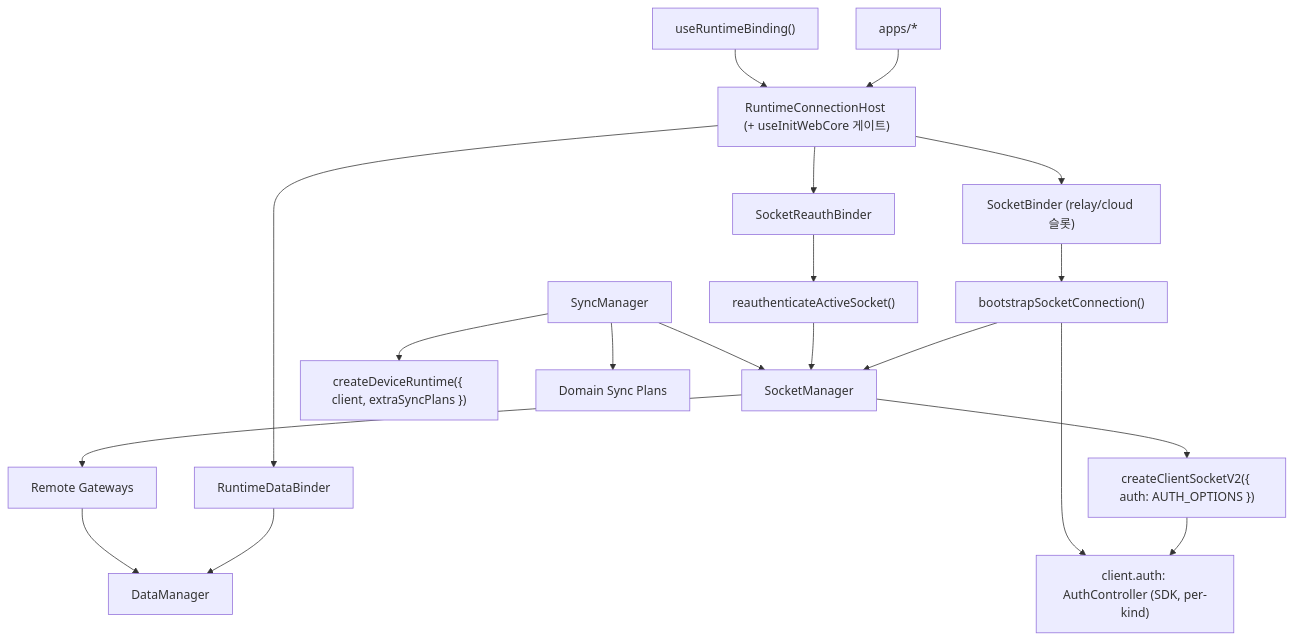
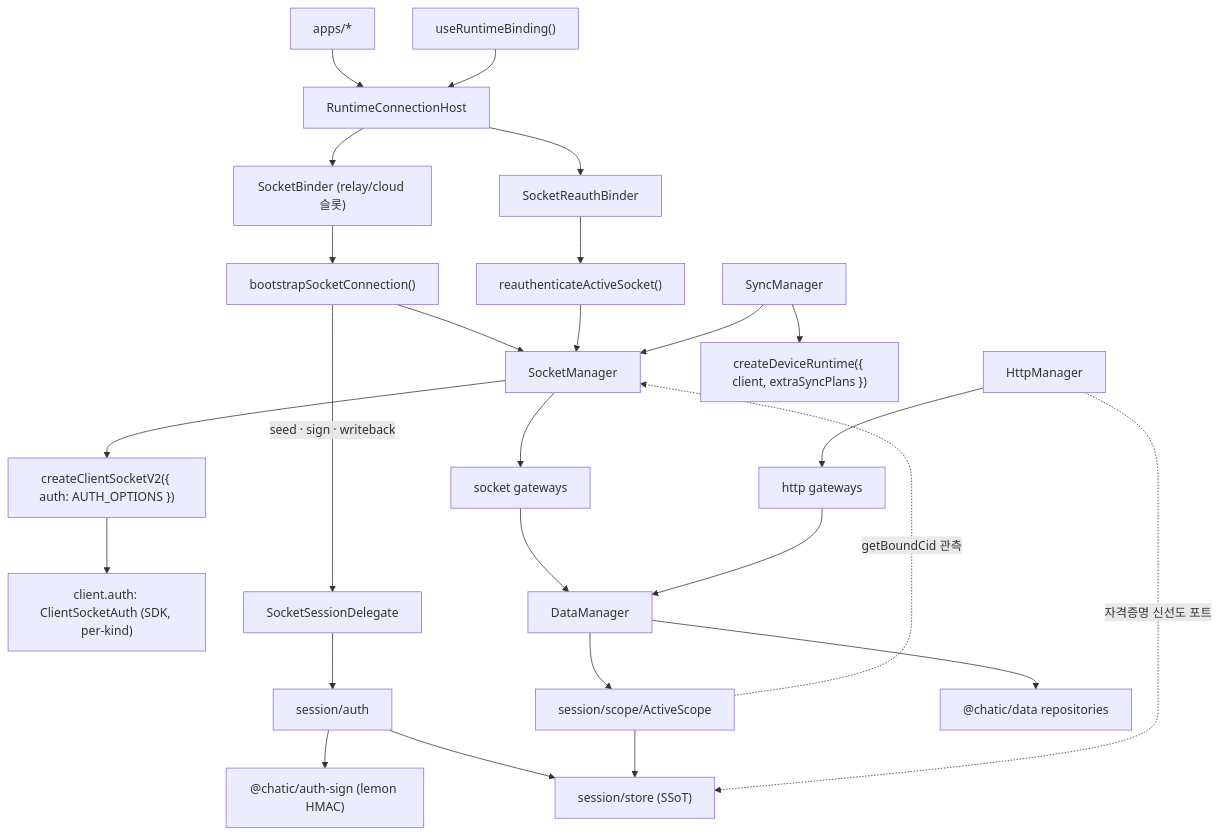
Before and after one commit to lemoncloud-io/dou-app: the diagram in libs/app-runtime/docs/architecture.md, drawn with Mermaid. The commit also changed other lines of this file and 972 other files, not shown here.

````diff
--- a/libs/app-runtime/docs/architecture.md
+++ b/libs/app-runtime/docs/architecture.md
@@ -27,26 +53,32 @@
 ```mermaid
 flowchart TD
-  App["apps/*"] --> Host["RuntimeConnectionHost (+ useInitWebCore 게이트)"]
+  App["apps/*"] --> Host["RuntimeConnectionHost"]
   Binding["useRuntimeBinding()"] --> Host
 
-  Host --> DataBinder["RuntimeDataBinder"]
   Host --> SocketBinder["SocketBinder (relay/cloud 슬롯)"]
   Host --> Reauth["SocketReauthBinder"]
 
-  DataBinder --> DataManager["DataManager"]
   SocketBinder --> Bootstrap["bootstrapSocketConnection()"]
   Reauth --> ReauthFn["reauthenticateActiveSocket()"]
   Bootstrap --> SocketManager["SocketManager"]
   ReauthFn --> SocketManager
 
   SocketManager --> Client["createClientSocketV2({ auth: AUTH_OPTIONS })"]
-  Client --> Auth["client.auth: AuthController (SDK, per-kind)"]
-  Bootstrap --> Auth
+  Client --> Auth["client.auth: ClientSocketAuth (SDK, per-kind)"]
+  Bootstrap -->|"seed · sign · writeback"| Delegate["SocketSessionDelegate"]
+  Delegate --> SessionAuth["session/auth"]
+  SessionAuth --> Store["session/store (SSoT)"]
+  SessionAuth --> Sign["@chatic/auth-sign (lemon HMAC)"]
+
+  Scope["session/scope/ActiveScope"] --> Store
+  Scope -.->|"getBoundCid 관측"| SocketManager
+
+  DataManager["DataManager"] --> Scope
+  DataManager --> Repos["@chatic/data repositories"]
+  SocketManager --> Gateways["socket gateways"] --> DataManager
+  HttpManager["HttpManager"] --> HttpGw["http gateways"] --> DataManager
+  HttpManager -.->|"자격증명 신선도 포트"| Store
 
   SyncManager["SyncManager"] --> SocketManager
   SyncManager --> DeviceRuntime["createDeviceRuntime({ client, extraSyncPlans })"]
-  SyncManager --> Plans["Domain Sync Plans"]
-
-  SocketManager --> Gateways["Remote Gateways"]
-  Gateways --> DataManager
 ```
````
